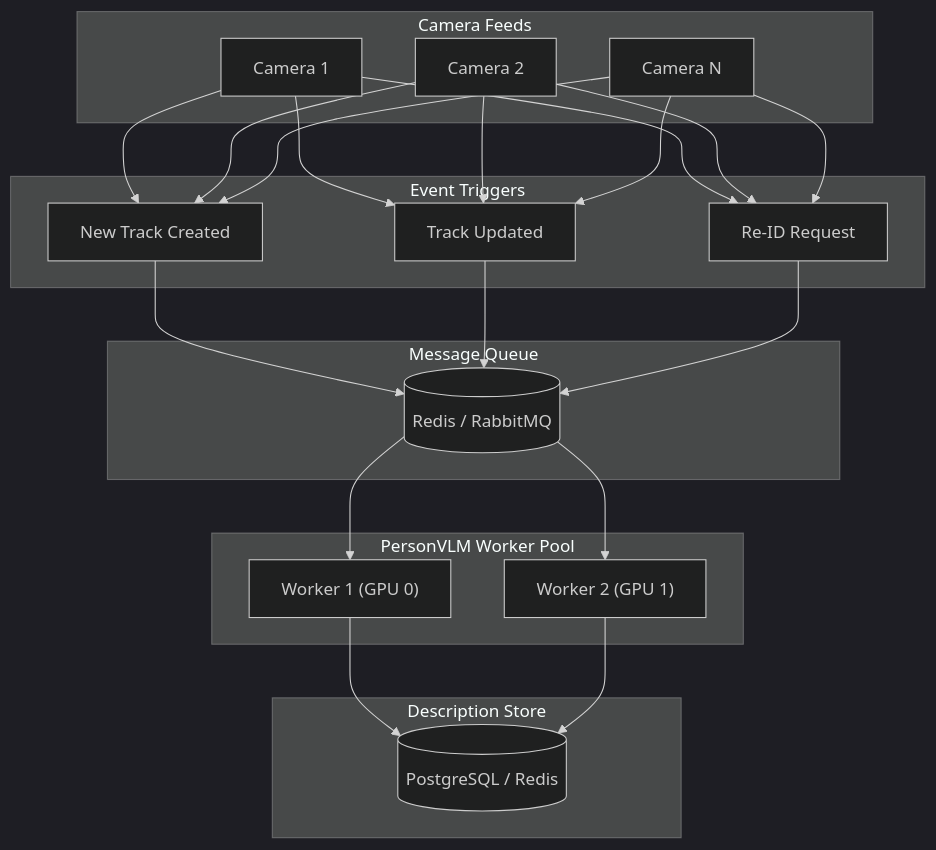
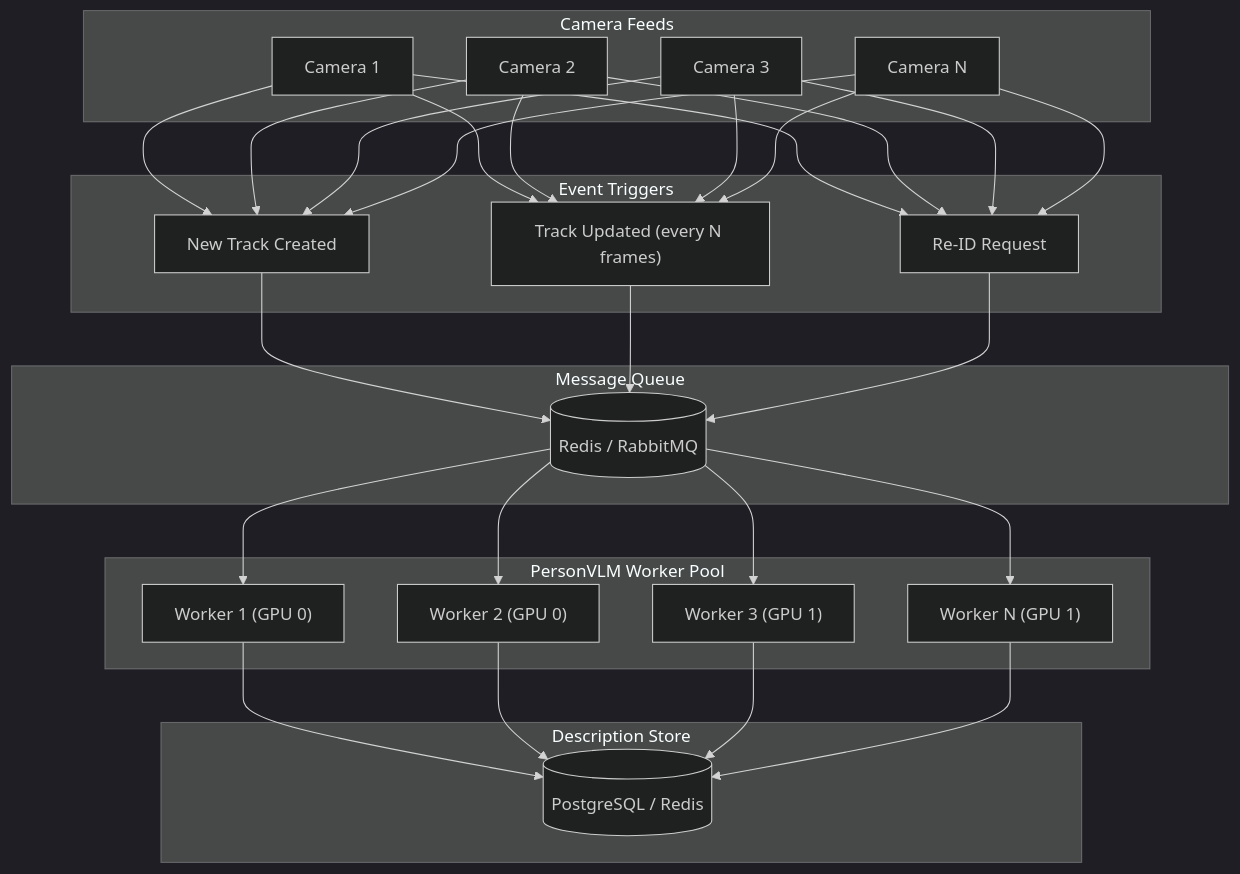
One commit to rishi02102017/Metafusion-Task changed the ninth of 11 diagrams in README.md. Above: the diagram before and after it, drawn with Mermaid. The commit also changed other lines of this file, not shown here.

````diff
--- a/README.md
+++ b/README.md
@@ -451,33 +778,36 @@
 ```mermaid
 %%{init: {'theme': 'dark'}}%%
 flowchart TB
     subgraph Cameras["Camera Feeds"]
         C1[Camera 1]
         C2[Camera 2]
+        C3[Camera 3]
         CN[Camera N]
     end
 
     subgraph Triggers["Event Triggers"]
         T1[New Track Created]
-        T2["Track Updated"]
+        T2["Track Updated (every N frames)"]
         T3[Re-ID Request]
     end
 
     subgraph Queue["Message Queue"]
         MQ[(Redis / RabbitMQ)]
     end
 
     subgraph Workers["PersonVLM Worker Pool"]
         W1["Worker 1 (GPU 0)"]
-        W2["Worker 2 (GPU 1)"]
+        W2["Worker 2 (GPU 0)"]
+        W3["Worker 3 (GPU 1)"]
+        W4["Worker N (GPU 1)"]
     end
 
     subgraph Storage["Description Store"]
         DB[(PostgreSQL / Redis)]
     end
 
-    C1 & C2 & CN --> T1 & T2 & T3
+    C1 & C2 & C3 & CN --> T1 & T2 & T3
     T1 & T2 & T3 --> MQ
-    MQ --> W1 & W2
-    W1 & W2 --> DB
+    MQ --> W1 & W2 & W3 & W4
+    W1 & W2 & W3 & W4 --> DB
 ```
````
